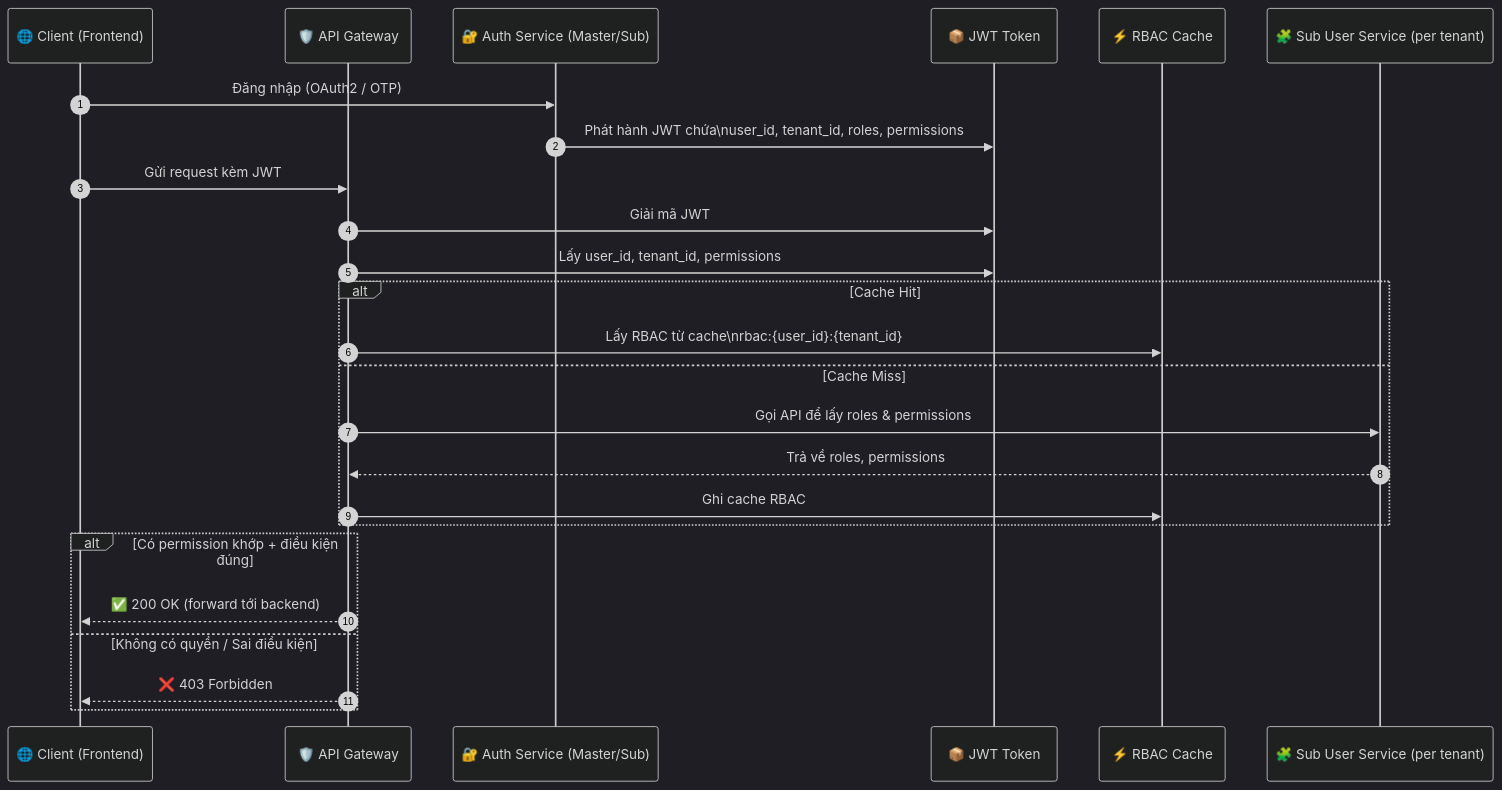
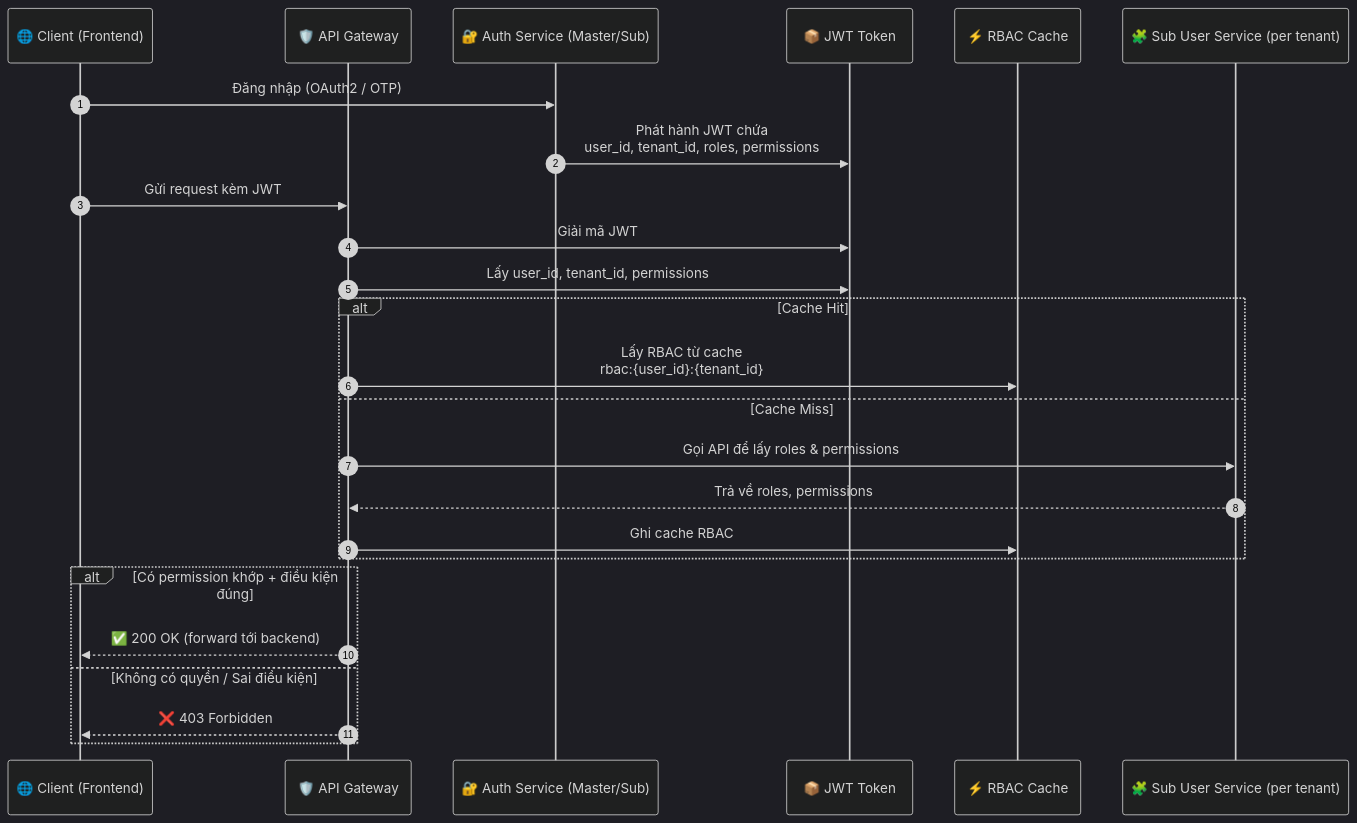
Before and after one commit to rockymountain/dx-vas: the second of 3 diagrams in docs/architecture/rbac-deep-dive.md, drawn with Mermaid (dark theme). The commit also changed other lines of this file, not shown here.

Commit message:
fix mermaid syntax

````diff
--- a/docs/architecture/rbac-deep-dive.md
+++ b/docs/architecture/rbac-deep-dive.md
@@ -422,30 +422,30 @@
 ```mermaid
 sequenceDiagram
     autonumber
     participant Client as 🌐 Client (Frontend)
     participant Gateway as 🛡️ API Gateway
     participant Auth as 🔐 Auth Service (Master/Sub)
     participant JWT as 📦 JWT Token
     participant Redis as ⚡ RBAC Cache
     participant SubUser as 🧩 Sub User Service (per tenant)
 
     Client->>Auth: Đăng nhập (OAuth2 / OTP)
-    Auth->>JWT: Phát hành JWT chứa\nuser_id, tenant_id, roles, permissions
+    Auth->>JWT: Phát hành JWT chứa<br>user_id, tenant_id, roles, permissions
     Client->>Gateway: Gửi request kèm JWT
 
     Gateway->>JWT: Giải mã JWT
     Gateway->>JWT: Lấy user_id, tenant_id, permissions
     alt Cache Hit
-        Gateway->>Redis: Lấy RBAC từ cache\nrbac:{user_id}:{tenant_id}
+        Gateway->>Redis: Lấy RBAC từ cache<br>rbac:{user_id}:{tenant_id}
     else Cache Miss
         Gateway->>SubUser: Gọi API để lấy roles & permissions
         SubUser-->>Gateway: Trả về roles, permissions
         Gateway->>Redis: Ghi cache RBAC
     end
 
     alt Có permission khớp + điều kiện đúng
         Gateway-->>Client: ✅ 200 OK (forward tới backend)
     else Không có quyền / Sai điều kiện
         Gateway-->>Client: ❌ 403 Forbidden
     end
 ```
````
